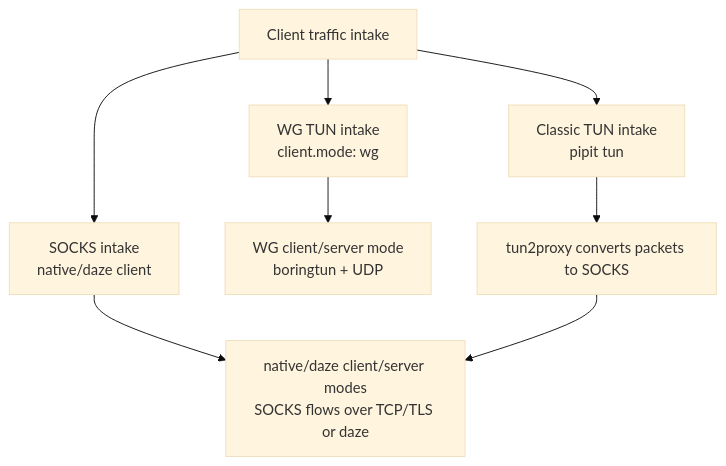
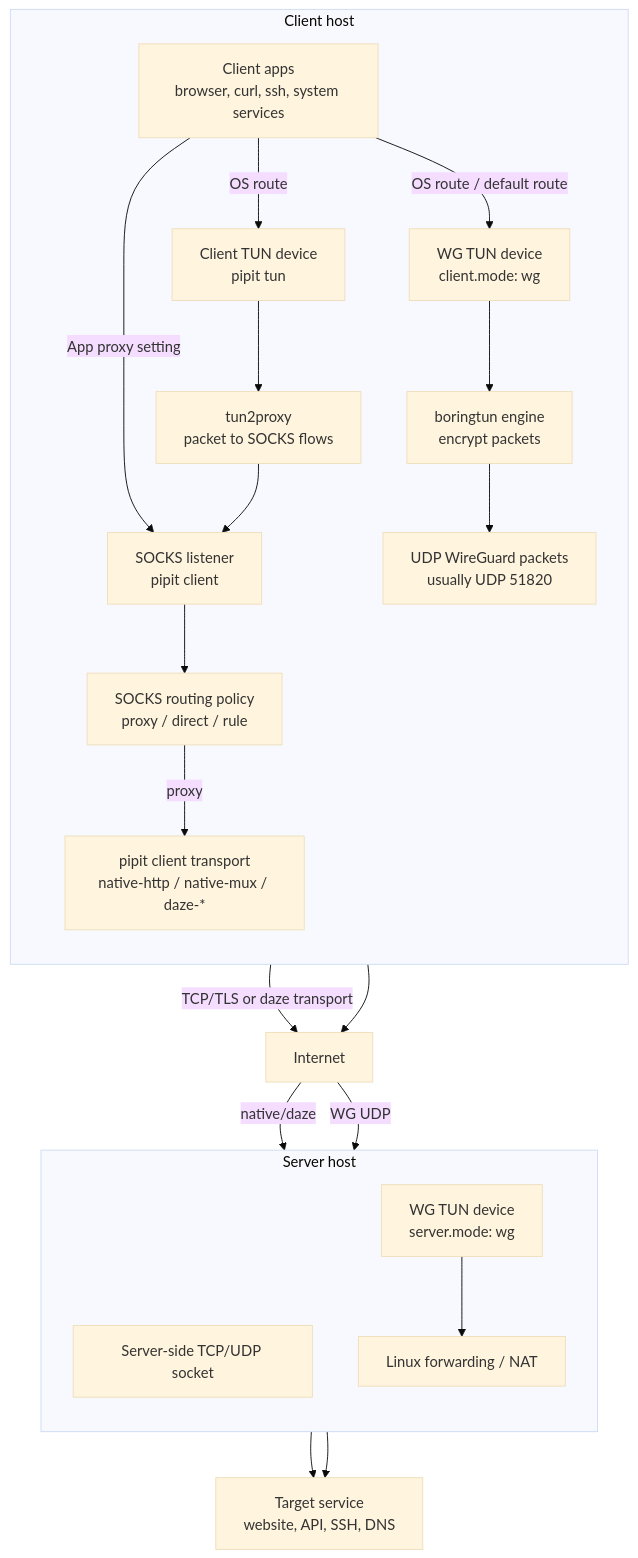
The diagram in docs/arch.md (chenyukang/runnel), drawn with Mermaid (base theme) before and after one commit. The commit also changed other lines of this file and 1 other file, not shown here.

````diff
--- a/docs/arch.md
+++ b/docs/arch.md
@@ -25,11 +15,34 @@
 ```mermaid
 flowchart TD
-    A["Client traffic intake"] --> B["WG TUN intake<br/>client.mode: wg"]
-    A --> C["SOCKS intake<br/>native/daze client"]
-    A --> D["Classic TUN intake<br/>pipit tun"]
+    App["Client apps<br/>browser, curl, ssh, system services"]
 
-    B --> E["WG client/server mode<br/>boringtun + UDP"]
-    C --> F["native/daze client/server modes<br/>SOCKS flows over TCP/TLS or daze"]
-    D --> G["tun2proxy converts packets to SOCKS"]
-    G --> F
+    subgraph ClientHost["Client host"]
+        direction TB
+        App -->|"App proxy setting"| Socks["SOCKS listener<br/>pipit client"]
+        App -->|"OS route"| ClientTun["Client TUN device<br/>pipit tun"]
+        App -->|"OS route / default route"| WgTun["WG TUN device<br/>client.mode: wg"]
+
+        ClientTun --> Tun2Proxy["tun2proxy<br/>packet to SOCKS flows"]
+        Tun2Proxy --> Socks
+        Socks --> Policy["SOCKS routing policy<br/>proxy / direct / rule"]
+        Policy -->|"proxy"| ClientTransport["pipit client transport<br/>native-http / native-mux / daze-*"]
+
+        WgTun --> BoringTunClient["boringtun engine<br/>encrypt packets"]
+        BoringTunClient --> WgUdp["UDP WireGuard packets<br/>usually UDP 51820"]
+    end
+
+    ClientTransport -->|"TCP/TLS or daze transport"| Internet["Internet"]
+    WgUdp --> Internet
+    Internet -->|"native/daze"| ServerSocket
+    Internet -->|"WG UDP"| ServerTun
+
+    subgraph ServerHost["Server host"]
+        direction TB
+        ServerSocket["Server-side TCP/UDP socket"]
+        ServerTun["WG TUN device<br/>server.mode: wg"]
+        ServerTun --> ForwardNat["Linux forwarding / NAT"]
+    end
+
+    ServerSocket --> Target["Target service<br/>website, API, SSH, DNS"]
+    ForwardNat --> Target
 ```
````
